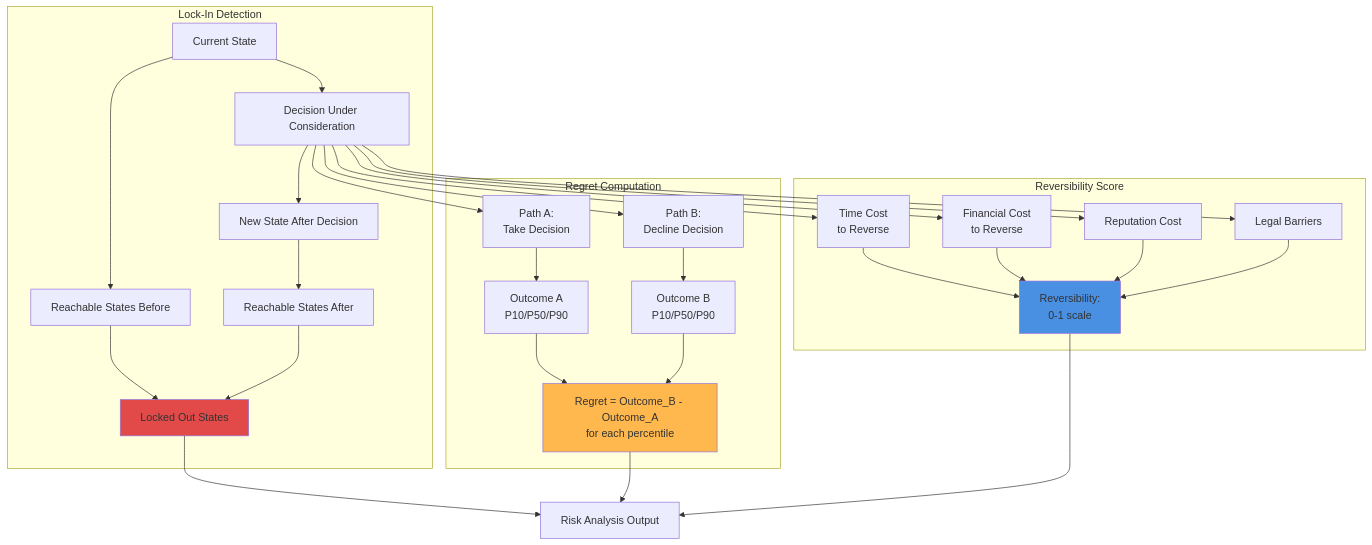
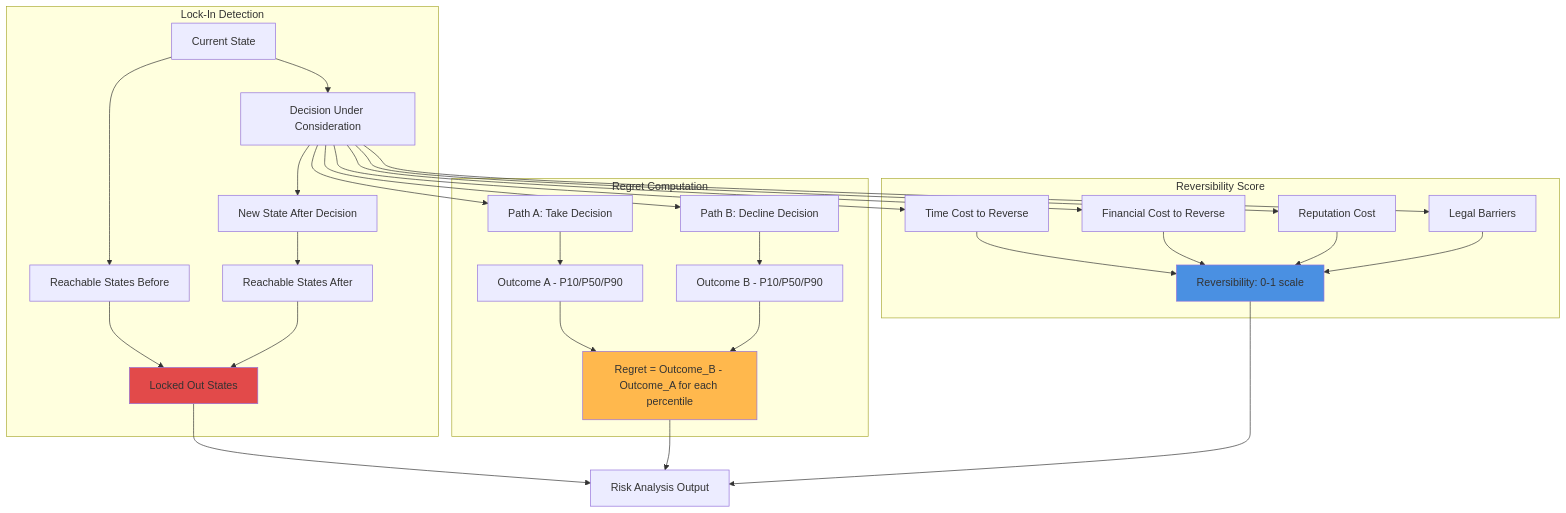
Before and after one commit to Nishant-coder-cpu/testing: diagram 12 of 20 in ldc_flowcharts.md, drawn with Mermaid. The commit also changed other lines of this file, not shown here.

````diff
--- a/ldc_flowcharts.md
+++ b/ldc_flowcharts.md
@@ -614,68 +611,68 @@
 ```mermaid
 graph TB
     subgraph "Lock-In Detection"
         CURR[Current State]
         DEC[Decision Under Consideration]
         NEW[New State After Decision]
         
         REACH_BEFORE[Reachable States Before]
         REACH_AFTER[Reachable States After]
         
         LOCKED[Locked Out States]
     end
     
     subgraph "Regret Computation"
-        PATH_A[Path A:<br/>Take Decision]
-        PATH_B[Path B:<br/>Decline Decision]
+        PATH_A["Path A: Take Decision"]
+        PATH_B["Path B: Decline Decision"]
         
-        OUTCOME_A[Outcome A<br/>P10/P50/P90]
-        OUTCOME_B[Outcome B<br/>P10/P50/P90]
+        OUTCOME_A["Outcome A - P10/P50/P90"]
+        OUTCOME_B["Outcome B - P10/P50/P90"]
         
-        REGRET[Regret = Outcome_B - Outcome_A<br/>for each percentile]
+        REGRET["Regret = Outcome_B - Outcome_A for each percentile"]
     end
     
     subgraph "Reversibility Score"
-        TIME_COST[Time Cost<br/>to Reverse]
-        FIN_COST[Financial Cost<br/>to Reverse]
+        TIME_COST["Time Cost to Reverse"]
+        FIN_COST["Financial Cost to Reverse"]
         REP_COST[Reputation Cost]
         LEGAL_COST[Legal Barriers]
         
-        REV_SCORE[Reversibility:<br/>0-1 scale]
+        REV_SCORE["Reversibility: 0-1 scale"]
     end
     
     CURR --> DEC
     DEC --> NEW
     
     CURR --> REACH_BEFORE
     NEW --> REACH_AFTER
     
     REACH_BEFORE --> LOCKED
     REACH_AFTER --> LOCKED
     
     DEC --> PATH_A
     DEC --> PATH_B
     
     PATH_A --> OUTCOME_A
     PATH_B --> OUTCOME_B
     
     OUTCOME_A --> REGRET
     OUTCOME_B --> REGRET
     
     DEC --> TIME_COST
     DEC --> FIN_COST
     DEC --> REP_COST
     DEC --> LEGAL_COST
     
     TIME_COST --> REV_SCORE
     FIN_COST --> REV_SCORE
     REP_COST --> REV_SCORE
     LEGAL_COST --> REV_SCORE
     
     LOCKED --> OUTPUT[Risk Analysis Output]
     REGRET --> OUTPUT
     REV_SCORE --> OUTPUT
     
     style LOCKED fill:#E24A4A
     style REGRET fill:#FFB84D
     style REV_SCORE fill:#4A90E2
 ```
````
